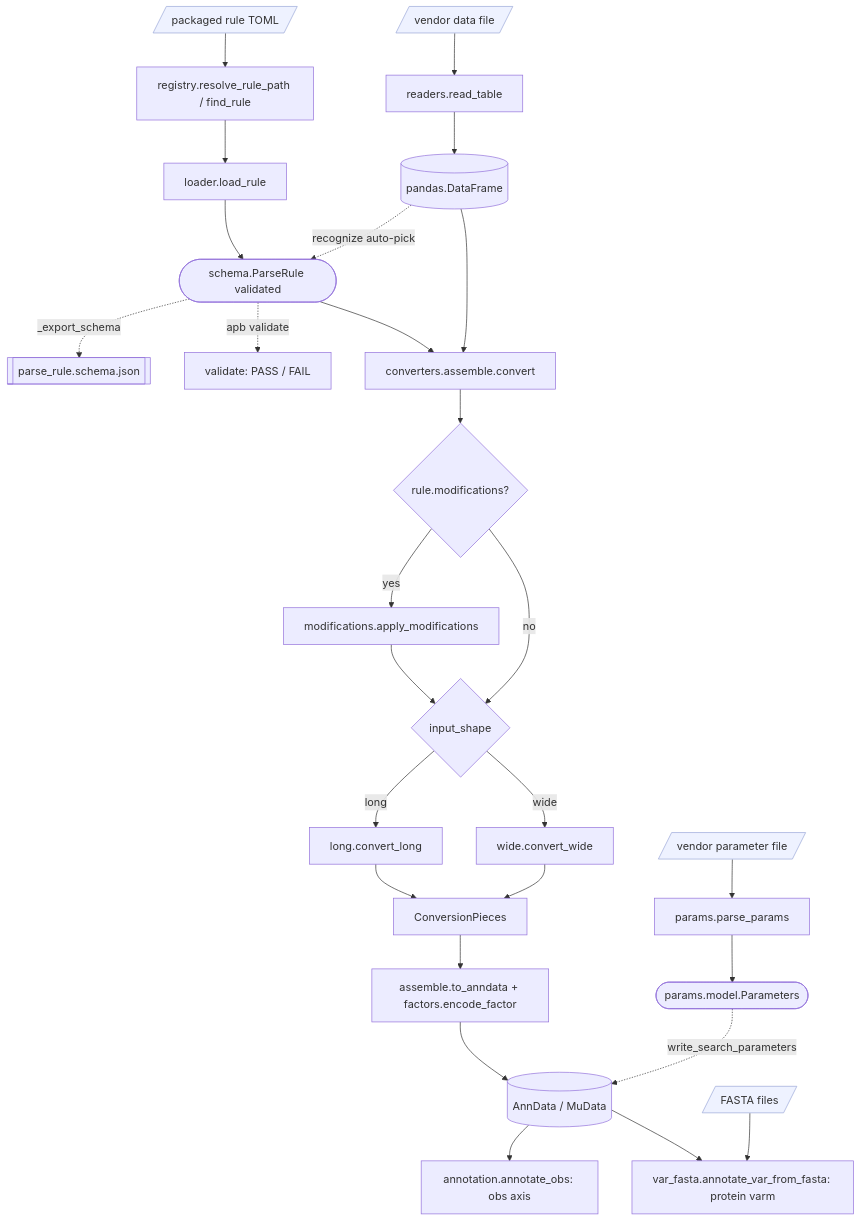
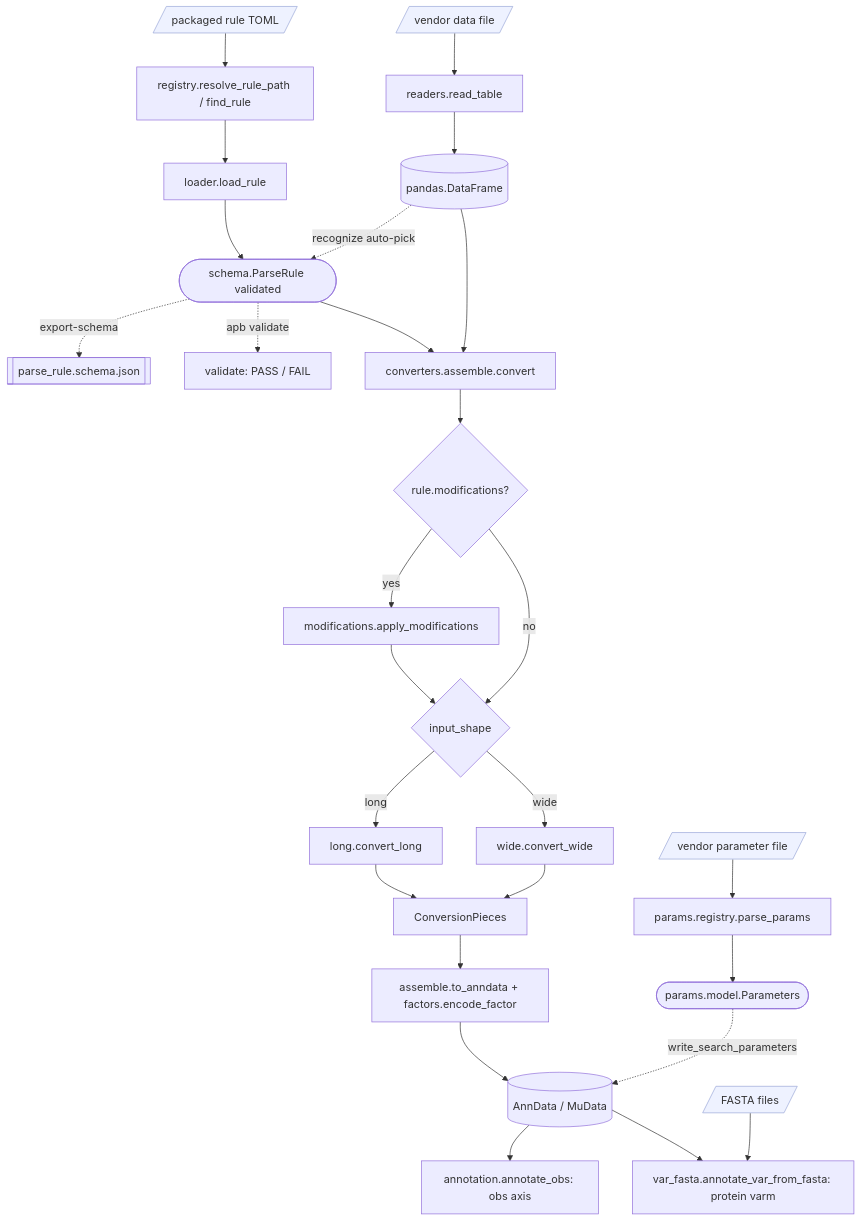
Before and after one commit to anndata-omics-bridge/anndata-proteomics-bridge: the diagram in docs/ARCHITECTURE.md, drawn with Mermaid. The commit also changed other lines of this file and 34 other files, not shown here.

````diff
--- a/docs/ARCHITECTURE.md
+++ b/docs/ARCHITECTURE.md
@@ -7,36 +13,36 @@
 ```mermaid
 flowchart TD
     toml[/packaged rule TOML/] --> resolve[registry.resolve_rule_path / find_rule]
     resolve --> load[loader.load_rule]
     load --> rule([schema.ParseRule validated])
-    rule -. _export_schema .-> schemajson[[parse_rule.schema.json]]
+    rule -. export-schema .-> schemajson[[parse_rule.schema.json]]
     rule -. apb validate .-> val[validate: PASS / FAIL]
 
     data[/vendor data file/] --> readtable[readers.read_table]
     readtable --> df[(pandas.DataFrame)]
     df -. recognize auto-pick .-> rule
 
     df --> convert[converters.assemble.convert]
     rule --> convert
     convert --> mods{rule.modifications?}
     mods -->|yes| applymods[modifications.apply_modifications]
     mods -->|no| shape{input_shape}
     applymods --> shape
     shape -->|long| long[long.convert_long]
     shape -->|wide| wide[wide.convert_wide]
     long --> pieces[ConversionPieces]
     wide --> pieces
     pieces --> assemble[assemble.to_anndata + factors.encode_factor]
     assemble --> adata[(AnnData / MuData)]
 
-    paramfile[/vendor parameter file/] --> parseparams[params.parse_params]
+    paramfile[/vendor parameter file/] --> parseparams[params.registry.parse_params]
     parseparams --> params([params.model.Parameters])
     params -. write_search_parameters .-> adata
 
     adata --> annobs[annotation.annotate_obs: obs axis]
     fastafile[/FASTA files/] --> annvar[var_fasta.annotate_var_from_fasta: protein varm]
     adata --> annvar
 
     classDef io fill:#eef2ff,stroke:#9aa7d8;
     class toml,data,paramfile,fastafile io;
 ```
````
